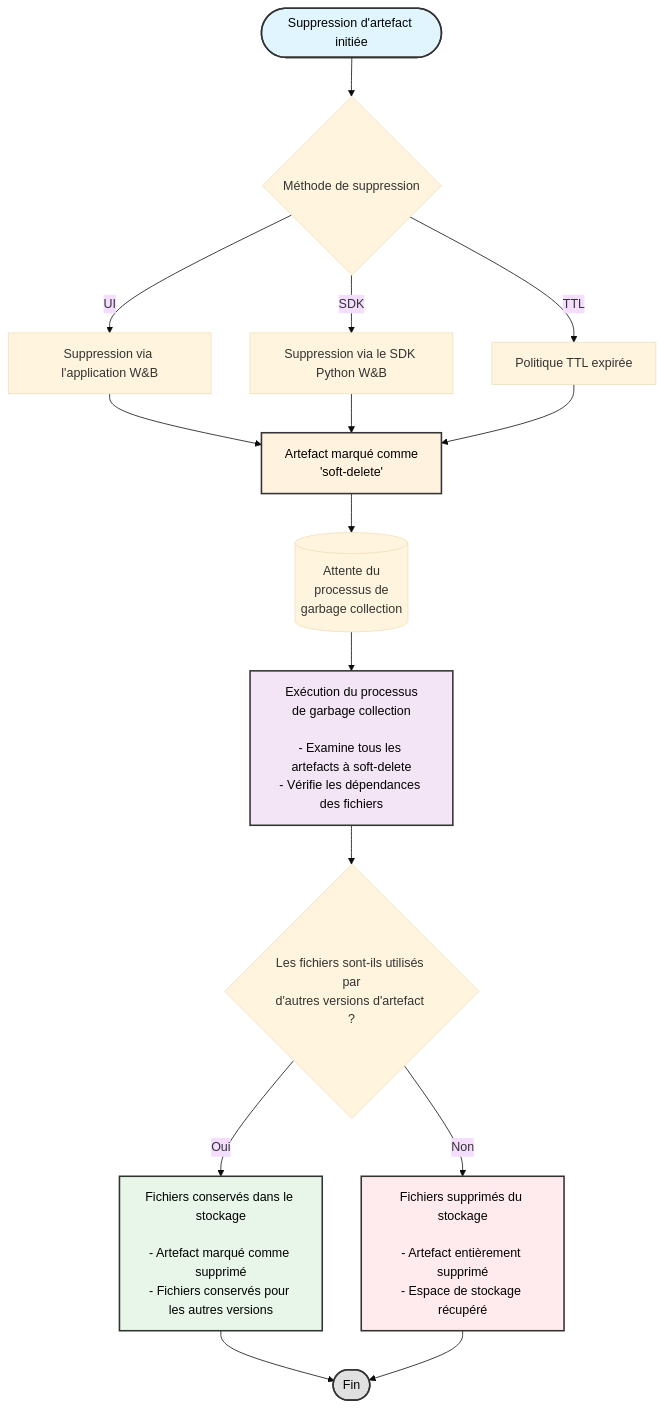
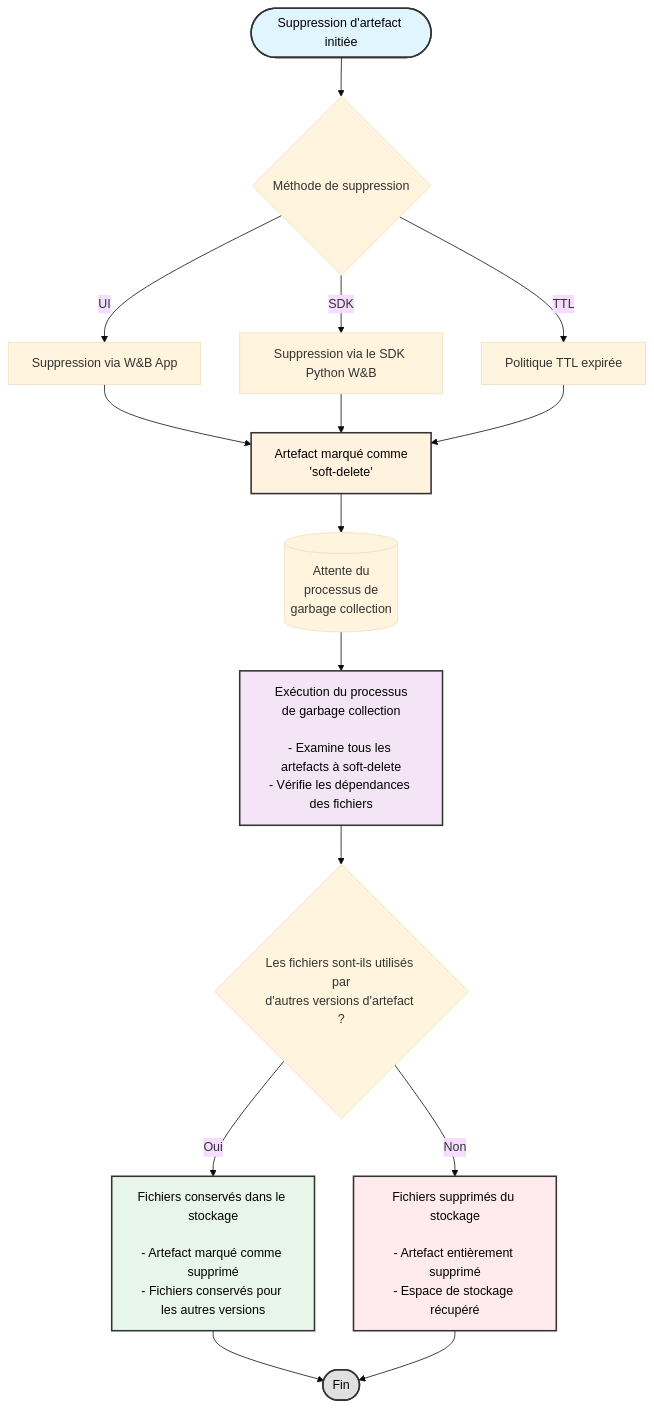
Before and after one commit to wandb/docs: the diagram in fr/models/artifacts/delete-artifacts.mdx, drawn with Mermaid (base theme). The commit also changed other lines of this file and 2655 other files, not shown here.

````diff
--- a/fr/models/artifacts/delete-artifacts.mdx
+++ b/fr/models/artifacts/delete-artifacts.mdx
@@ -17,31 +17,31 @@
 ```mermaid
 graph TB
     Start([Suppression d'artefact initiée]) --> DeleteMethod{Méthode de suppression}
     
-    DeleteMethod -->|UI| UIDelete[Suppression via l'application W&B]
+    DeleteMethod -->|UI| UIDelete[Suppression via W&B App]
     DeleteMethod -->|SDK| SDKDelete[Suppression via le SDK Python W&B]
     DeleteMethod -->|TTL| TTLDelete[Politique TTL expirée]
     
     UIDelete --> SoftDelete[Artefact marqué comme<br/>'soft-delete']
     SDKDelete --> SoftDelete
     TTLDelete --> SoftDelete
     
     SoftDelete --> GCWait[(Attente du<br/>processus de<br/>garbage collection)]
     
     GCWait --> GCRun[Exécution du processus<br/>de garbage collection<br/><br/>- Examine tous les artefacts à soft-delete<br/>- Vérifie les dépendances des fichiers]
     
     GCRun --> CheckUsage{Les fichiers sont-ils utilisés par<br/>d'autres versions d'artefact ?}
     
     CheckUsage -->|Oui| KeepFiles[Fichiers conservés dans le stockage<br/><br/>- Artefact marqué comme supprimé<br/>- Fichiers conservés pour les autres versions]
     CheckUsage -->|Non| DeleteFiles[Fichiers supprimés du stockage<br/><br/>- Artefact entièrement supprimé<br/>- Espace de stockage récupéré]
     
     KeepFiles --> End([Fin])
     DeleteFiles --> End
     
     style Start fill:#e1f5fe,stroke:#333,stroke-width:2px,color:#000
     style SoftDelete fill:#fff3e0,stroke:#333,stroke-width:2px,color:#000
     style GCRun fill:#f3e5f5,stroke:#333,stroke-width:2px,color:#000
     style KeepFiles fill:#e8f5e9,stroke:#333,stroke-width:2px,color:#000
     style DeleteFiles fill:#ffebee,stroke:#333,stroke-width:2px,color:#000
     style End fill:#e0e0e0,stroke:#333,stroke-width:2px,color:#000
 ```
````
